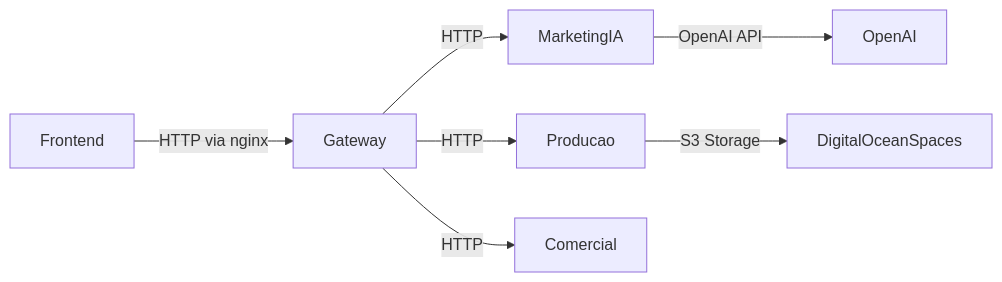
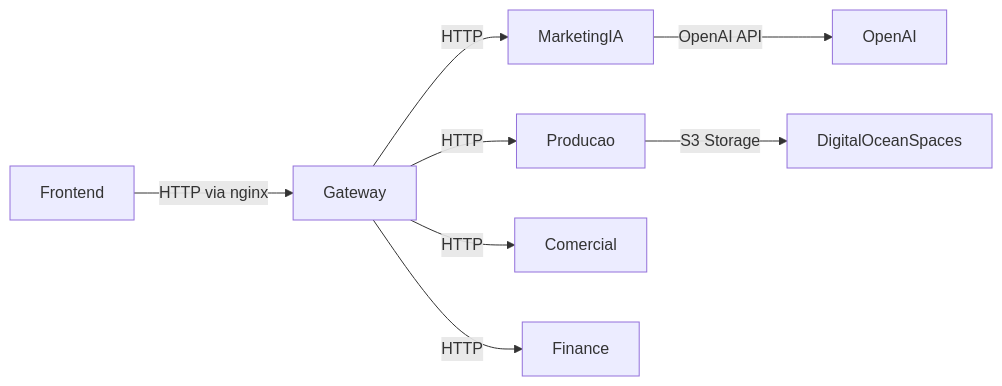
One commit to Samuel-adami/radha-erp-procucao changed the diagram in ARQUITETURA_RESUMO.md. Above: the diagram before and after it, drawn with Mermaid. The commit also changed other lines of this file and 17 other files, not shown here.

````diff
--- a/ARQUITETURA_RESUMO.md
+++ b/ARQUITETURA_RESUMO.md
@@ -42,9 +42,10 @@
 ```mermaid
 graph LR
 Frontend-->|HTTP via nginx|Gateway
 Gateway-->|HTTP|MarketingIA
 Gateway-->|HTTP|Producao
 Gateway-->|HTTP|Comercial
+Gateway-->|HTTP|Finance
 Producao-->|S3 Storage|DigitalOceanSpaces
 MarketingIA-->|OpenAI API|OpenAI
 ```
````
